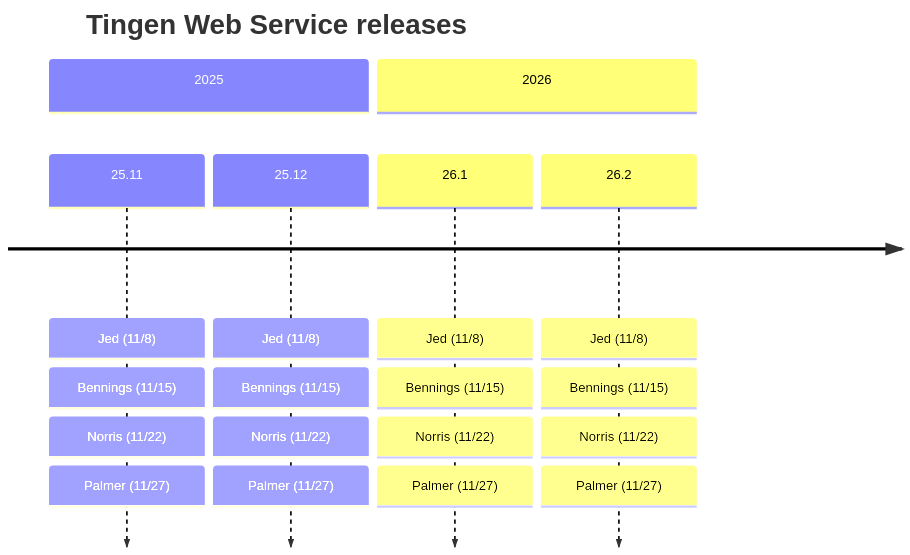
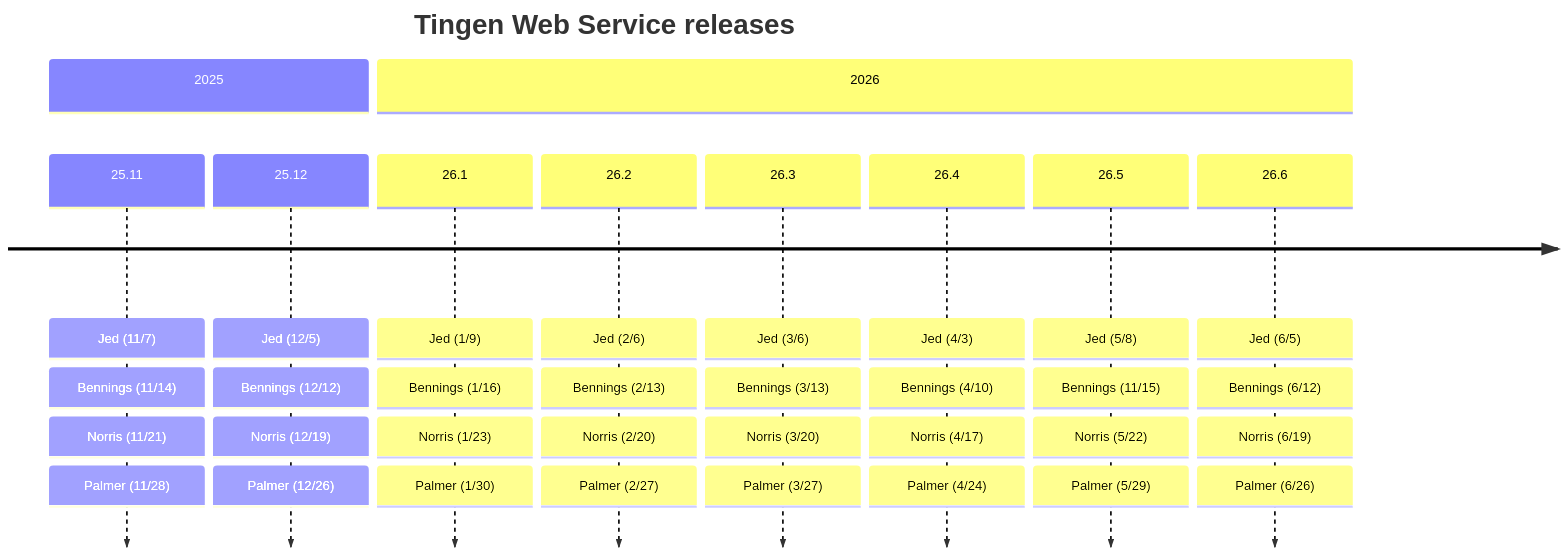
The diagram in dev/development-timeline.md (spectrum-health-systems/tingen-documentation), drawn with Mermaid before and after one commit.

````diff
--- a/dev/development-timeline.md
+++ b/dev/development-timeline.md
@@ -18,22 +18,38 @@
 ```mermaid
 timeline
     title Tingen Web Service releases
     section 2025
-        25.11: Jed (11/8)
-             : Bennings (11/15)
-             : Norris (11/22)
-             : Palmer (11/27)
-        25.12: Jed (11/8)
-             : Bennings (11/15)
-             : Norris (11/22)
-             : Palmer (11/27)
+        25.11: Jed (11/7)
+             : Bennings (11/14)
+             : Norris (11/21)
+             : Palmer (11/28)
+        25.12: Jed (12/5)
+             : Bennings (12/12)
+             : Norris (12/19)
+             : Palmer (12/26)
     section 2026
-        26.1: Jed (11/8)
+        26.1: Jed (1/9)
+            : Bennings (1/16)
+            : Norris (1/23)
+            : Palmer (1/30)
+        26.2: Jed (2/6)
+            : Bennings (2/13)
+            : Norris (2/20)
+            : Palmer (2/27)
+        26.3: Jed (3/6)
+            : Bennings (3/13)
+            : Norris (3/20)
+            : Palmer (3/27)
+        26.4: Jed (4/3)
+            : Bennings (4/10)
+            : Norris (4/17)
+            : Palmer (4/24)
+        26.5: Jed (5/8)
             : Bennings (11/15)
-            : Norris (11/22)
-            : Palmer (11/27)
-        26.2: Jed (11/8)
-            : Bennings (11/15)
-            : Norris (11/22)
-            : Palmer (11/27)
+            : Norris (5/22)
+            : Palmer (5/29)
+        26.6: Jed (6/5)
+            : Bennings (6/12)
+            : Norris (6/19)
+            : Palmer (6/26)
 ```
````
